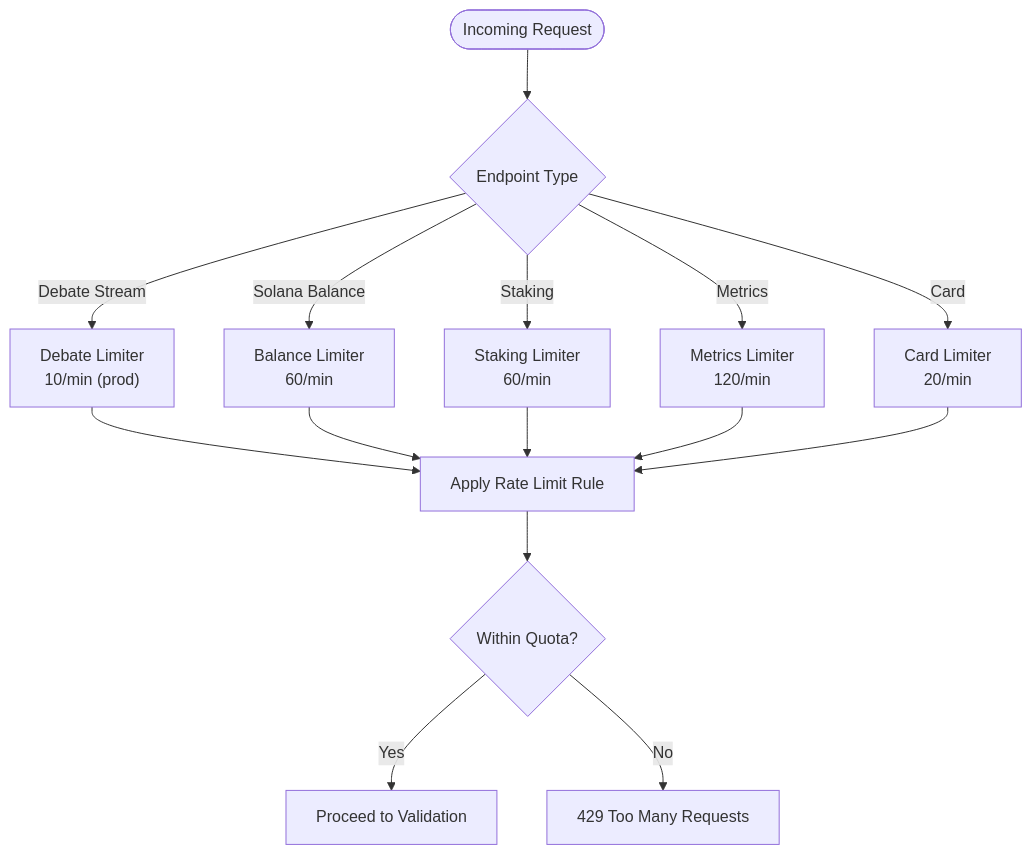
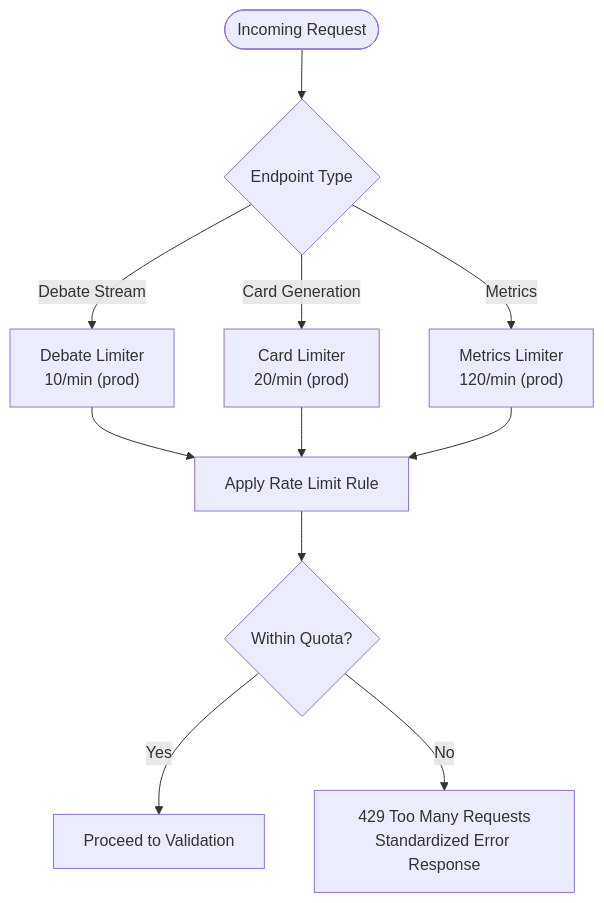
One commit to RunTimeAdmin/tri-ai changed the third of 8 diagrams in .qoder/repowiki/en/content/System Architecture/Security Architecture.md. Above: the diagram before and after it, drawn with Mermaid. The commit also changed other lines of this file and 21 other files, not shown here.

````diff
--- a/.qoder/repowiki/en/content/System Architecture/Security Architecture.md
+++ b/.qoder/repowiki/en/content/System Architecture/Security Architecture.md
@@ -142,17 +166,13 @@
 ```mermaid
 flowchart TD
 Start(["Incoming Request"]) --> SelectLimiter{"Endpoint Type"}
 SelectLimiter --> |Debate Stream| DebLimiter["Debate Limiter<br/>10/min (prod)"]
-SelectLimiter --> |Solana Balance| BalLimiter["Balance Limiter<br/>60/min"]
-SelectLimiter --> |Staking| StakeLimiter["Staking Limiter<br/>60/min"]
-SelectLimiter --> |Metrics| MetLimiter["Metrics Limiter<br/>120/min"]
-SelectLimiter --> |Card| CardLimiter["Card Limiter<br/>20/min"]
+SelectLimiter --> |Card Generation| CardLimiter["Card Limiter<br/>20/min (prod)"]
+SelectLimiter --> |Metrics| MetLimiter["Metrics Limiter<br/>120/min (prod)"]
 DebLimiter --> Apply["Apply Rate Limit Rule"]
-BalLimiter --> Apply
-StakeLimiter --> Apply
+CardLimiter --> Apply
 MetLimiter --> Apply
-CardLimiter --> Apply
 Apply --> Allowed{"Within Quota?"}
 Allowed --> |Yes| Proceed["Proceed to Validation"]
-Allowed --> |No| Reject["429 Too Many Requests"]
+Allowed --> |No| Reject["429 Too Many Requests<br/>Standardized Error Response"]
 ```
````
